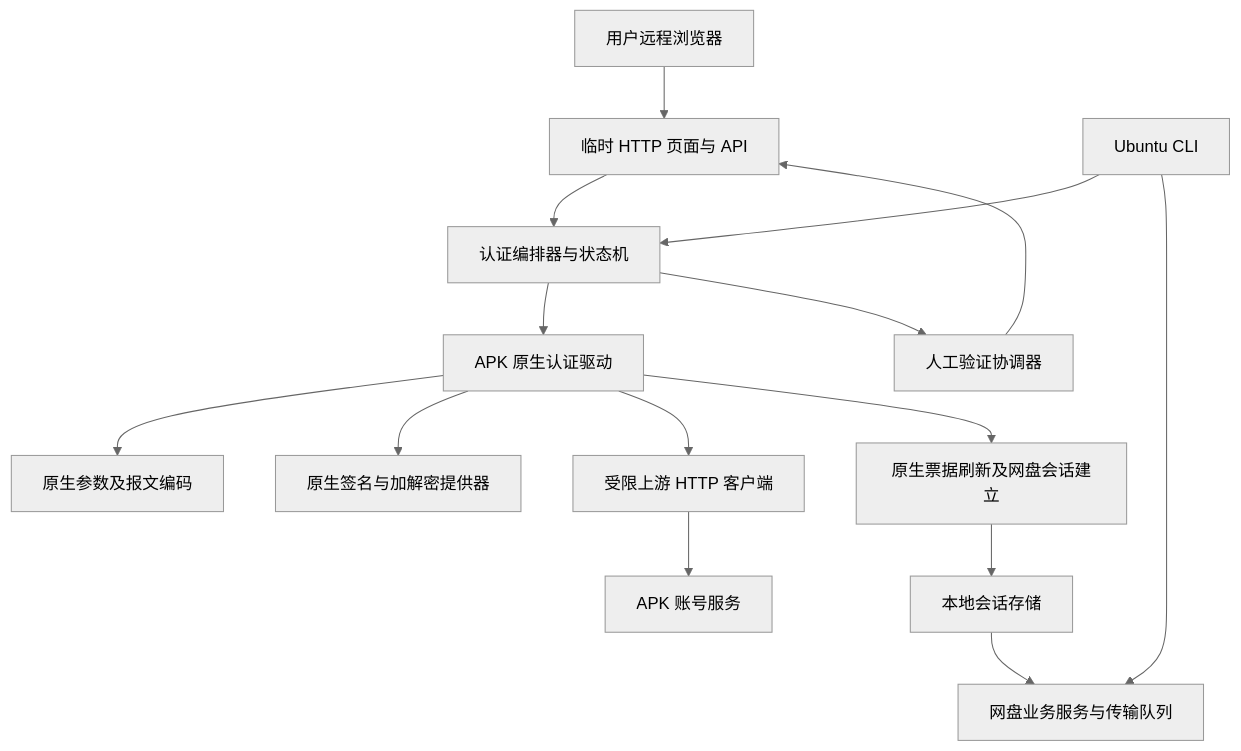
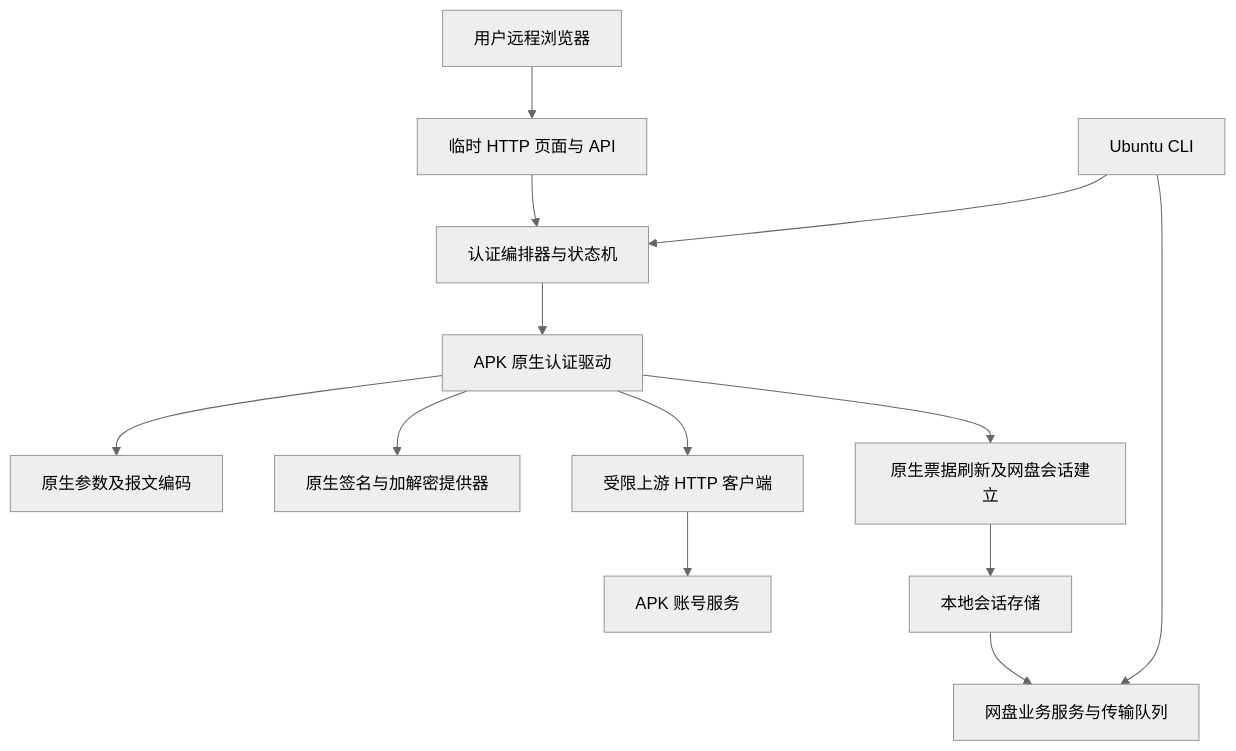
The first of 2 diagrams in docs/APK_NATIVE_SMS_ARCHITECTURE.md (xiongyaun/quark-drive), drawn with Mermaid (neutral theme) before and after one commit. The commit also changed other lines of this file, not shown here.

Commit message:
docs: remove unobserved safety challenge from primary login architecture

````diff
--- a/docs/APK_NATIVE_SMS_ARCHITECTURE.md
+++ b/docs/APK_NATIVE_SMS_ARCHITECTURE.md
@@ -17,17 +17,15 @@
 ```mermaid
 flowchart TD
     User[用户远程浏览器] --> UI[临时 HTTP 页面与 API]
     Terminal[Ubuntu CLI] --> Flow[认证编排器与状态机]
     UI --> Flow
     Flow --> Native[APK 原生认证驱动]
     Native --> Codec[原生参数及报文编码]
     Native --> Crypto[原生签名与加解密提供器]
     Native --> HTTP[受限上游 HTTP 客户端]
     HTTP --> Account[APK 账号服务]
-    Flow --> Challenge[人工验证协调器]
-    Challenge --> UI
     Native --> Exchange[原生票据刷新及网盘会话建立]
     Exchange --> Store[本地会话存储]
     Store --> Files[网盘业务服务与传输队列]
     Terminal --> Files
 ```
````
